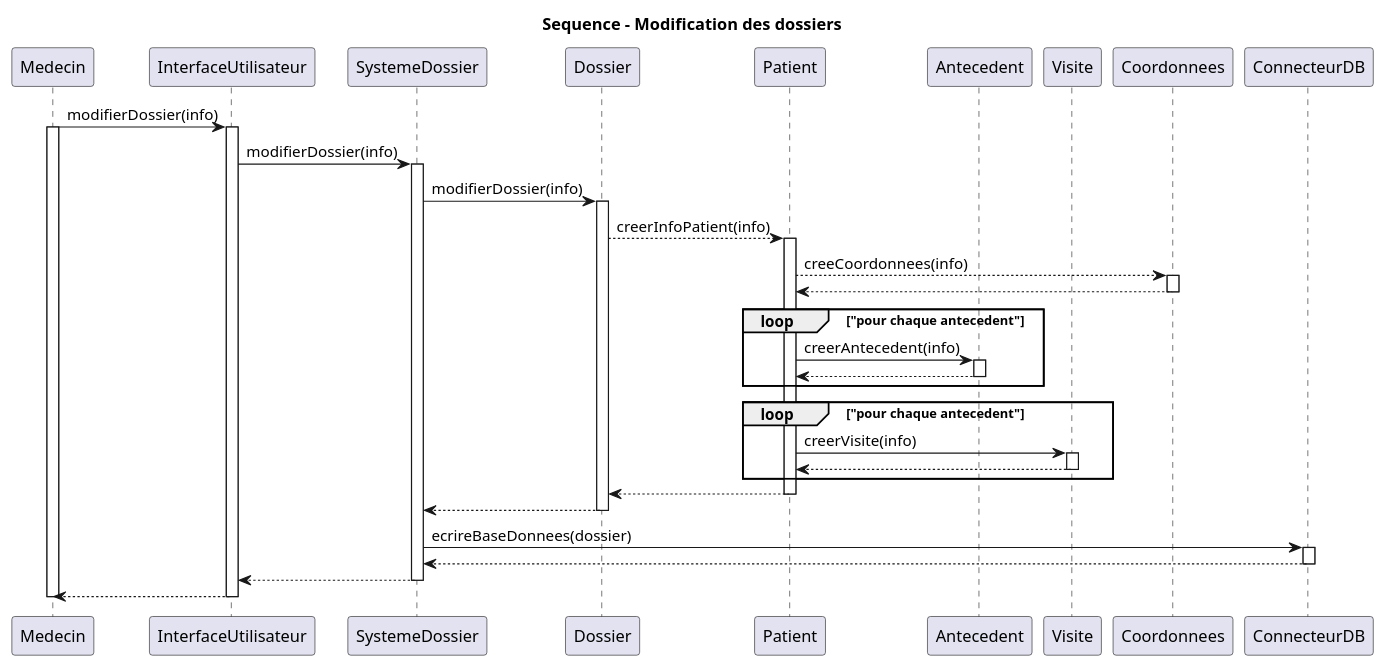
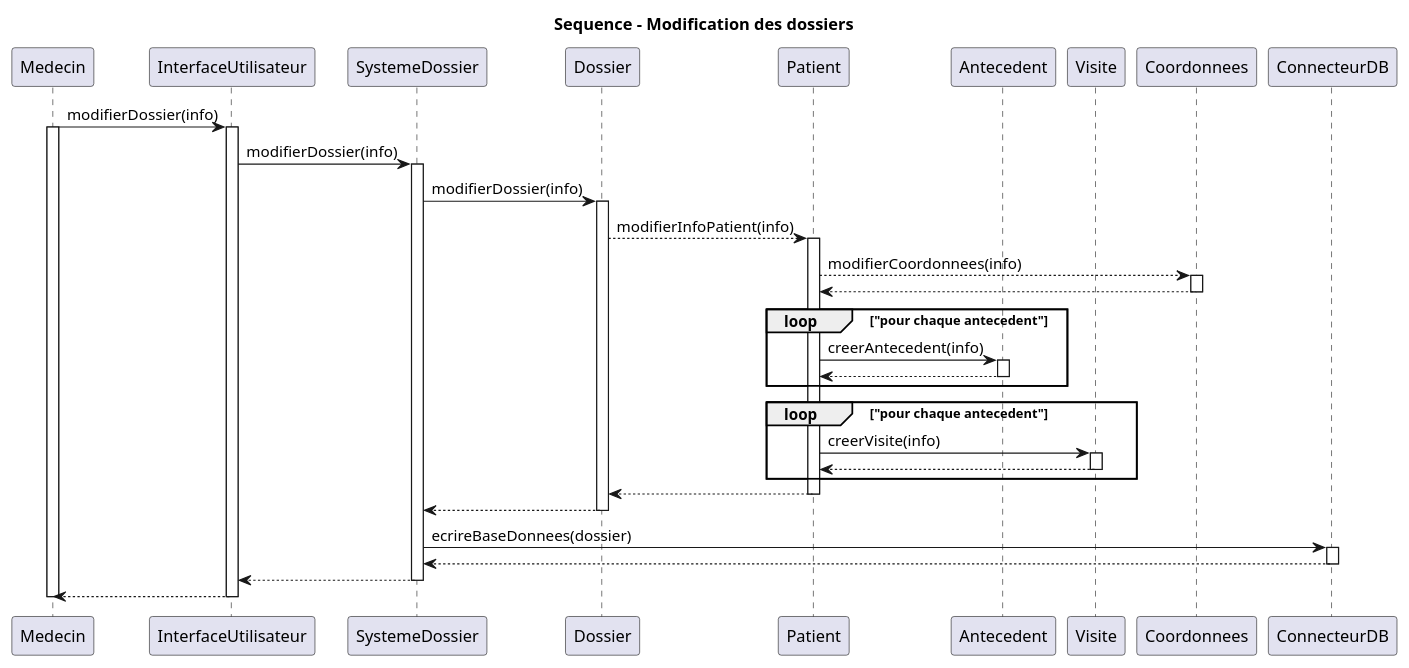
The diagram in sequenceModificationDossier.puml (vbrayuqam/projet-genielog), drawn with PlantUML before and after one commit. The commit also changed 1 other file, not shown here.

```diff
--- a/sequenceModificationDossier.puml
+++ b/sequenceModificationDossier.puml
@@ -1,58 +1,58 @@
 @startuml sequenceModificationPatient
 
 title Sequence - Modification des dossiers
 
 participant Medecin as M
 participant InterfaceUtilisateur as U
 participant SystemeDossier as S
 participant Dossier as D
 participant Patient as P
 participant Antecedent as A
 participant Visite as V
 participant Coordonnees as C
 participant ConnecteurDB as DB
 
 
 M -> U: modifierDossier(info)
 activate M
 activate U
 U -> S: modifierDossier(info)
 activate S
 S -> D: modifierDossier(info)
 activate D
-D --> P: creerInfoPatient(info)
+D --> P: modifierInfoPatient(info)
 activate P
-P --> C: creeCoordonnees(info)
+P --> C: modifierCoordonnees(info)
 activate C
 C --> P
 deactivate C
 
 loop "pour chaque antecedent"
   P -> A: creerAntecedent(info)
   activate A
   A --> P
   deactivate A
 end loop
 
 loop "pour chaque antecedent"
   P -> V: creerVisite(info)
   activate V
   V --> P
   deactivate V
 end loop
 
 P --> D
 deactivate P
 D --> S
 deactivate D
 S -> DB: ecrireBaseDonnees(dossier)
 activate DB
 DB --> S
 deactivate DB
 S --> U
 deactivate S
 U --> M
 deactivate U
 deactivate M
 
 @enduml
```
